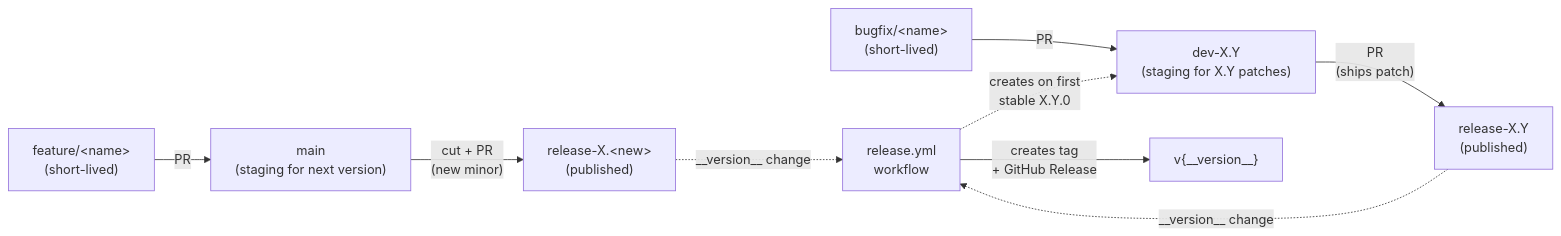
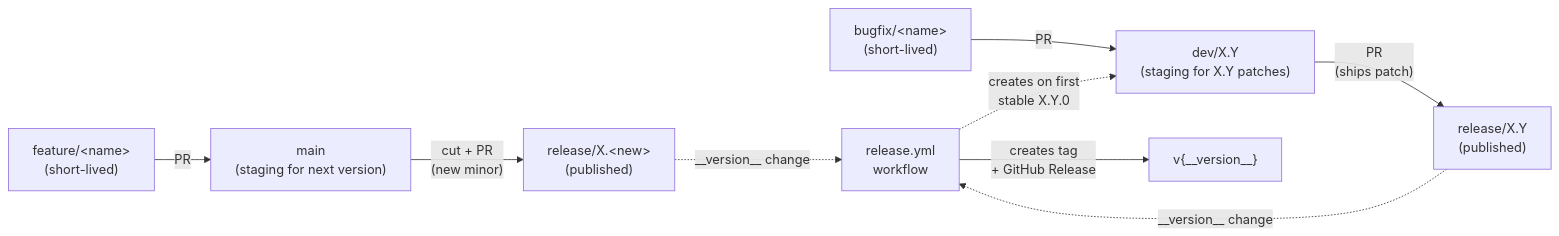
One commit to mtconnect/MTConnectExplorer changed the second of 6 diagrams in contributing.md. Above: the diagram before and after it, drawn with Mermaid. The commit also changed other lines of this file and 18 other files, not shown here.

````diff
--- a/contributing.md
+++ b/contributing.md
@@ -61,11 +61,11 @@
 ```mermaid
 flowchart LR
     F["feature/&lt;name&gt;<br/>(short-lived)"] -->|PR| M["main<br/>(staging for next version)"]
-    M -->|"cut + PR<br/>(new minor)"| RL["release-X.&lt;new&gt;<br/>(published)"]
-    B["bugfix/&lt;name&gt;<br/>(short-lived)"] -->|PR| D["dev-X.Y<br/>(staging for X.Y patches)"]
-    D -->|"PR<br/>(ships patch)"| RX["release-X.Y<br/>(published)"]
+    M -->|"cut + PR<br/>(new minor)"| RL["release/X.&lt;new&gt;<br/>(published)"]
+    B["bugfix/&lt;name&gt;<br/>(short-lived)"] -->|PR| D["dev/X.Y<br/>(staging for X.Y patches)"]
+    D -->|"PR<br/>(ships patch)"| RX["release/X.Y<br/>(published)"]
     RX -.->|"__version__ change"| W["release.yml<br/>workflow"]
     RL -.->|"__version__ change"| W
     W -->|"creates tag<br/>+ GitHub Release"| GR["v{__version__}"]
     W -.->|"creates on first<br/>stable X.Y.0"| D
 ```
````
